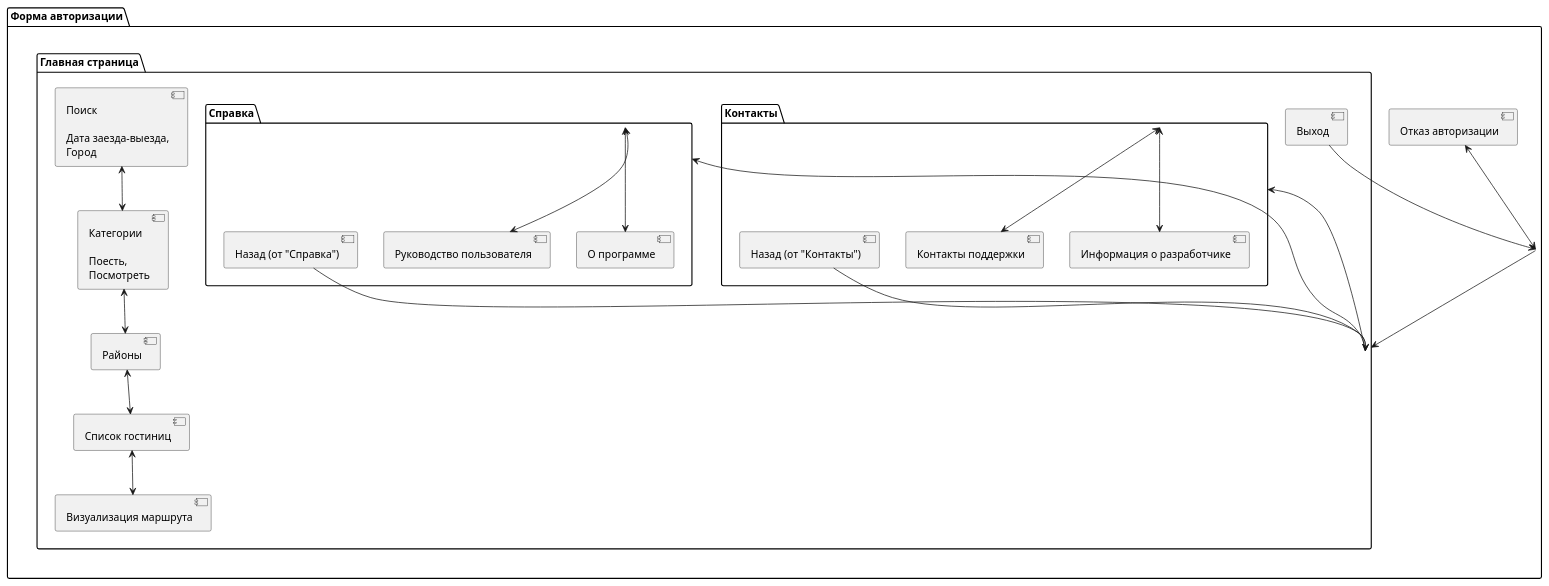
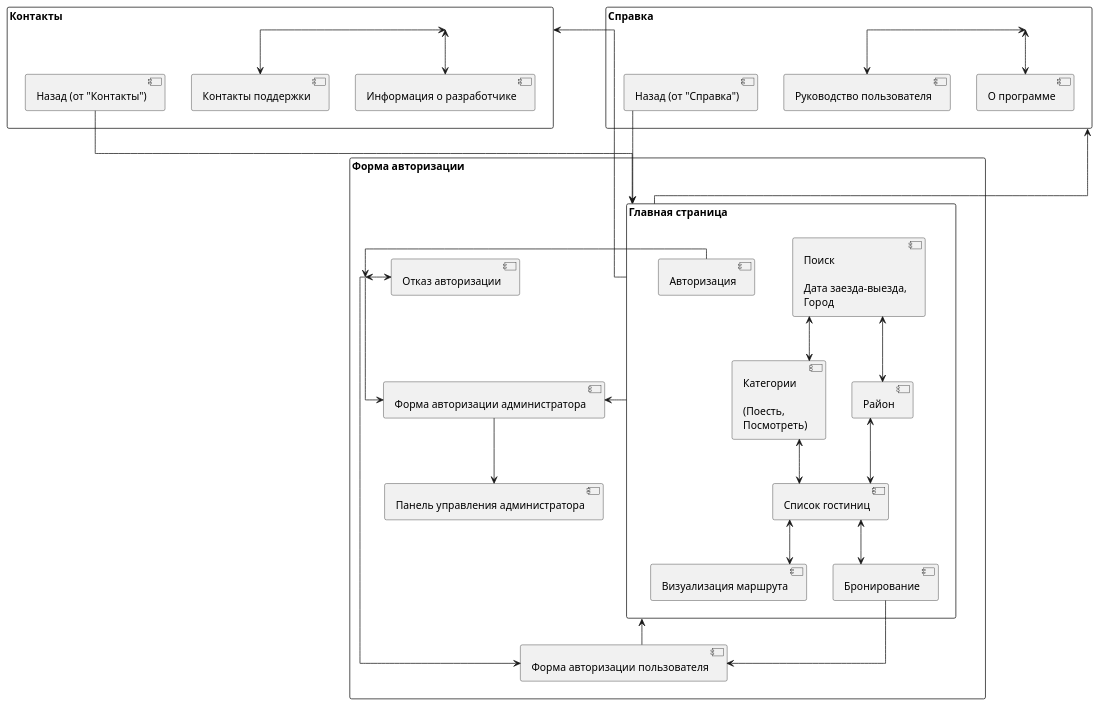
One commit to Denis-Sukharev/hotel-search-system changed the diagram in diagrams/UI.plantuml. Above: the diagram before and after it, drawn with PlantUML.

```diff
--- a/diagrams/UI.plantuml
+++ b/diagrams/UI.plantuml
@@ -1,44 +1,55 @@
 @startuml пользовательский_интерфейс
 
+skinparam Linetype ortho
+skinparam packageStyle Rectangle
+skinparam PackageTitleAlignment left
+
 package "Форма авторизации" {
+  [Форма авторизации] --> [Форма авторизации пользователя]
+  [Форма авторизации] --> [Форма авторизации администратора]
   [Форма авторизации] <--> [Отказ авторизации]
-  [Форма авторизации] --> [Главная страница]
+  [Форма авторизации пользователя] --> [Главная страница]
+  [Форма авторизации администратора] --> [Панель управления администратора]
 
 ' Форма авторизации - форма
 ' Отказ авторизации - форма + кнопка закрытия (в ней)
-}
-
-package "Главная страница" {
-  [Главная страница] --> [Справка]
-  [Главная страница] --> [Контакты]
-  [Поиск\n\nДата заезда-выезда,\nГород] <--> [Категории\n\nПоесть,\nПосмотреть]
-  [Категории\n\nПоесть,\nПосмотреть] <--> [Районы]
-  [Районы] <--> [Список гостиниц]
-  [Список гостиниц] <--> [Визуализация маршрута]
-  [Выход] --> [Форма авторизации]
-
-' Главная страница, Поиск - форма
-' Справка, Контакты, Выход - кнопка
 }
 
 package "Контакты" {
   [Контакты] <--> [Информация о разработчике]
   [Контакты] <--> [Контакты поддержки]
   [Назад (от "Контакты")] --> [Главная страница]
 
 ' Контакты - форма
 ' Информация о разработчике, Контакты поддержки - форма + кнопка закрытия (в ней)
 ' Назад - кнопка
 }
 
 package "Справка" {
   [Справка] <--> [О программе]
   [Справка] <--> [Руководство пользователя]
   [Назад (от "Справка")] --> [Главная страница]
 
 ' Справка - форма
 ' О программе, Руководство пользователя - форма + кнопка закрытия (в ней)
 ' Назад - кнопка
 }
 
+package "Главная страница" {
+  [Главная страница] --> [Справка]
+  [Главная страница] --> [Контакты]
+  [Поиск\n\nДата заезда-выезда,\nГород] <--> [Категории\n\n(Поесть,\nПосмотреть)]
+  [Поиск\n\nДата заезда-выезда,\nГород] <--> [Район]
+  [Категории\n\n(Поесть,\nПосмотреть)] <--> [Список гостиниц]
+  [Район] <--> [Список гостиниц]
+  [Список гостиниц] <--> [Визуализация маршрута]
+  [Список гостиниц] <--> [Бронирование]
+  [Авторизация] --> [Форма авторизации]
+  [Бронирование] --> [Форма авторизации пользователя]
+  [Главная страница] --> [Форма авторизации администратора]
+
+' Главная страница, Поиск - форма
+' Справка, Контакты, Выход - кнопка
+}
+
 @enduml
```
